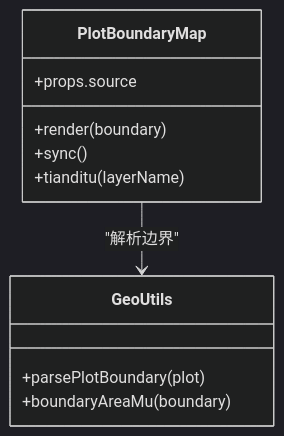
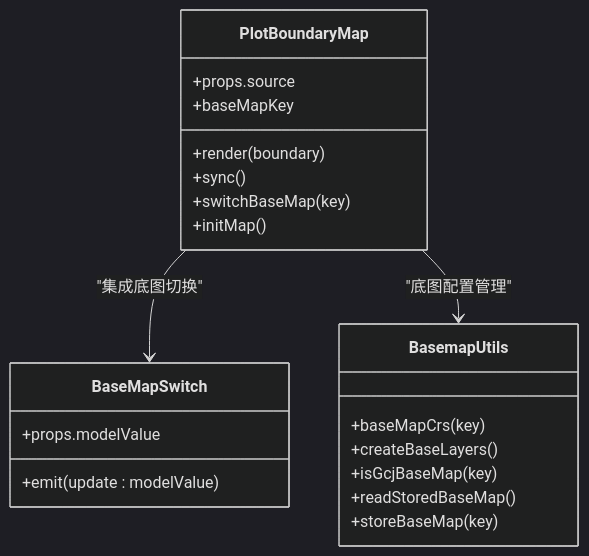
Before and after one commit to q446328246/agri-platform: the seventh of 13 diagrams in .qoder/repowiki/zh/content/前端应用文档/核心页面/地块管理页面/地块管理页面.md, drawn with Mermaid (dark theme). The commit also changed other lines of this file and 48 other files, not shown here.

````diff
--- a/.qoder/repowiki/zh/content/前端应用文档/核心页面/地块管理页面/地块管理页面.md
+++ b/.qoder/repowiki/zh/content/前端应用文档/核心页面/地块管理页面/地块管理页面.md
@@ -379,14 +421,24 @@
 ```mermaid
 classDiagram
 class PlotBoundaryMap {
 +props.source
++baseMapKey
 +render(boundary)
 +sync()
-+tianditu(layerName)
++switchBaseMap(key)
++initMap()
 }
-class GeoUtils {
-+parsePlotBoundary(plot)
-+boundaryAreaMu(boundary)
+class BaseMapSwitch {
++props.modelValue
++emit(update : modelValue)
 }
-PlotBoundaryMap --> GeoUtils : "解析边界"
+class BasemapUtils {
++baseMapCrs(key)
++createBaseLayers()
++isGcjBaseMap(key)
++readStoredBaseMap()
++storeBaseMap(key)
+}
+PlotBoundaryMap --> BaseMapSwitch : "集成底图切换"
+PlotBoundaryMap --> BasemapUtils : "底图配置管理"
 ```
````
